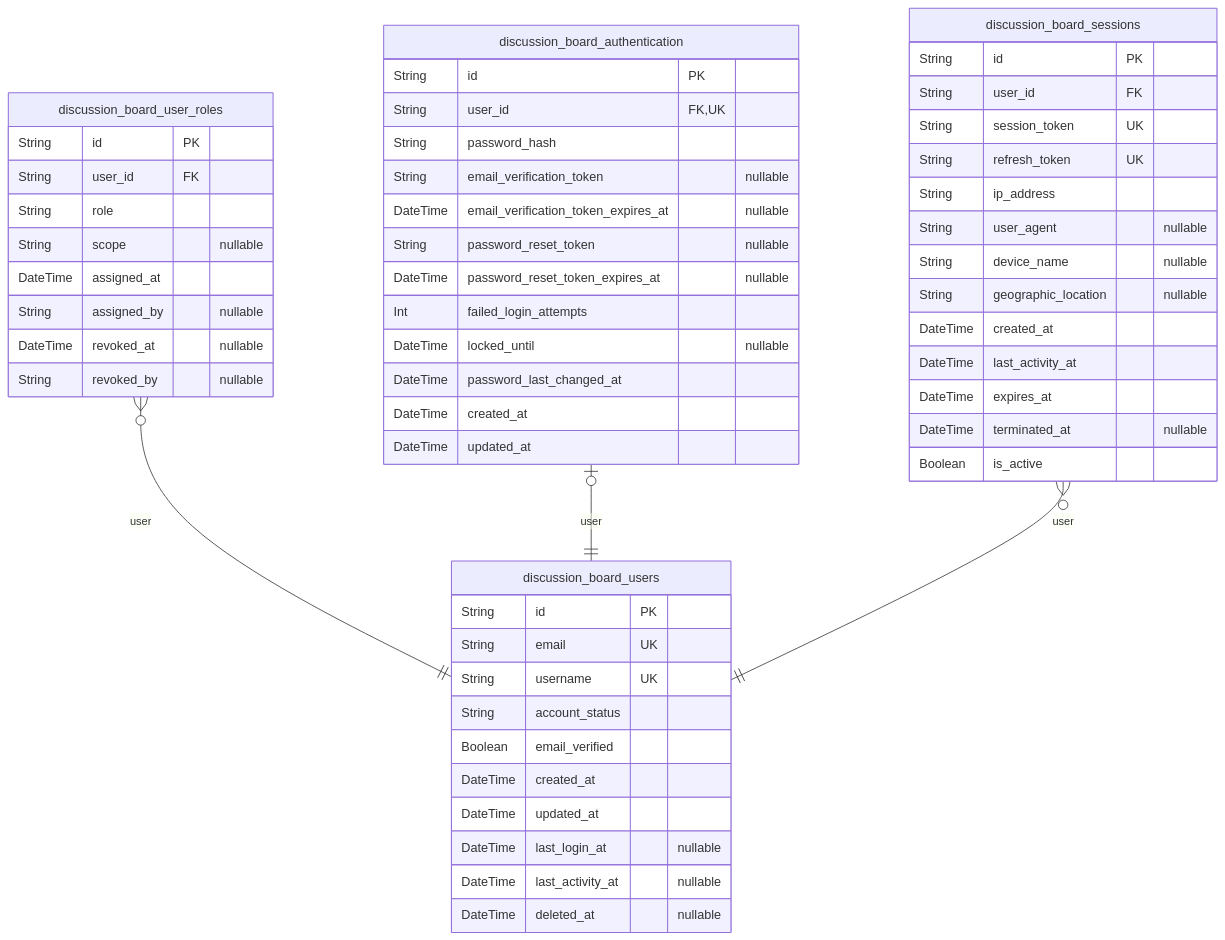
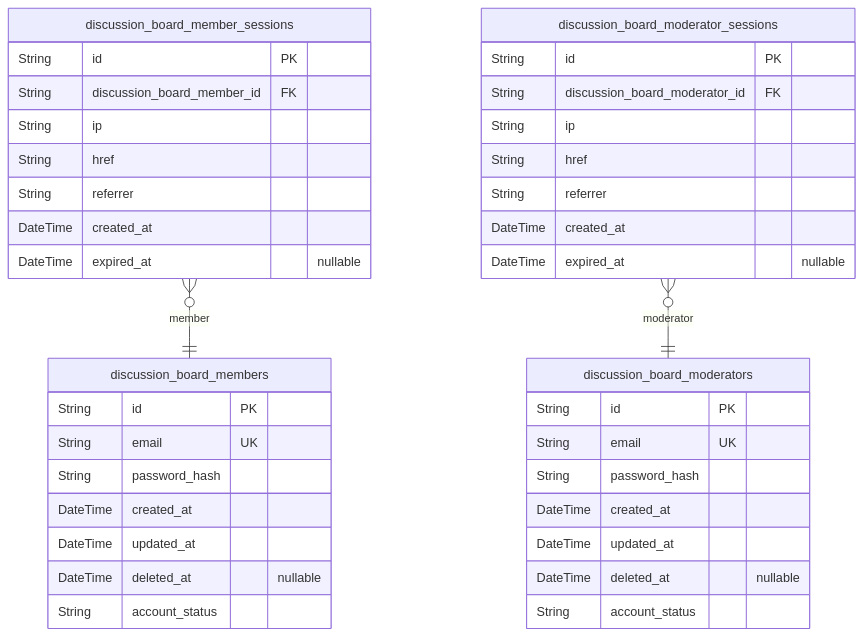
One commit to wrtnlabs/autobe-examples changed the second of 6 diagrams in anthropic/claude-haiku-4.5/bbs/docs/ERD.md. Above: the diagram before and after it, drawn with Mermaid. The commit also changed other lines of this file and 16146 other files, not shown here.

````diff
--- a/anthropic/claude-haiku-4.5/bbs/docs/ERD.md
+++ b/anthropic/claude-haiku-4.5/bbs/docs/ERD.md
@@ -219,57 +74,41 @@
 ```mermaid
 erDiagram
-"discussion_board_users" {
+"discussion_board_members" {
   String id PK
   String email UK
-  String username UK
-  String account_status
-  Boolean email_verified
+  String password_hash
   DateTime created_at
   DateTime updated_at
-  DateTime last_login_at "nullable"
-  DateTime last_activity_at "nullable"
   DateTime deleted_at "nullable"
+  String account_status
 }
-"discussion_board_user_roles" {
+"discussion_board_member_sessions" {
   String id PK
-  String user_id FK
-  String role
-  String scope "nullable"
-  DateTime assigned_at
-  String assigned_by "nullable"
-  DateTime revoked_at "nullable"
-  String revoked_by "nullable"
+  String discussion_board_member_id FK
+  String ip
+  String href
+  String referrer
+  DateTime created_at
+  DateTime expired_at "nullable"
 }
-"discussion_board_authentication" {
+"discussion_board_moderators" {
   String id PK
-  String user_id FK,UK
+  String email UK
   String password_hash
-  String email_verification_token "nullable"
-  DateTime email_verification_token_expires_at "nullable"
-  String password_reset_token "nullable"
-  DateTime password_reset_token_expires_at "nullable"
-  Int failed_login_attempts
-  DateTime locked_until "nullable"
-  DateTime password_last_changed_at
   DateTime created_at
   DateTime updated_at
+  DateTime deleted_at "nullable"
+  String account_status
 }
-"discussion_board_sessions" {
+"discussion_board_moderator_sessions" {
   String id PK
-  String user_id FK
-  String session_token UK
-  String refresh_token UK
-  String ip_address
-  String user_agent "nullable"
-  String device_name "nullable"
-  String geographic_location "nullable"
+  String discussion_board_moderator_id FK
+  String ip
+  String href
+  String referrer
   DateTime created_at
-  DateTime last_activity_at
-  DateTime expires_at
-  DateTime terminated_at "nullable"
-  Boolean is_active
+  DateTime expired_at "nullable"
 }
-"discussion_board_user_roles" }o--|| "discussion_board_users" : user
-"discussion_board_authentication" |o--|| "discussion_board_users" : user
-"discussion_board_sessions" }o--|| "discussion_board_users" : user
+"discussion_board_member_sessions" }o--|| "discussion_board_members" : member
+"discussion_board_moderator_sessions" }o--|| "discussion_board_moderators" : moderator
 ```
````
